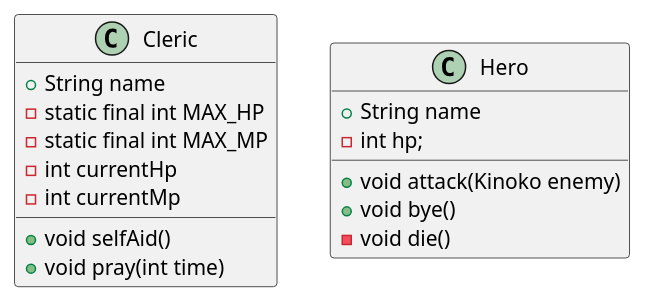
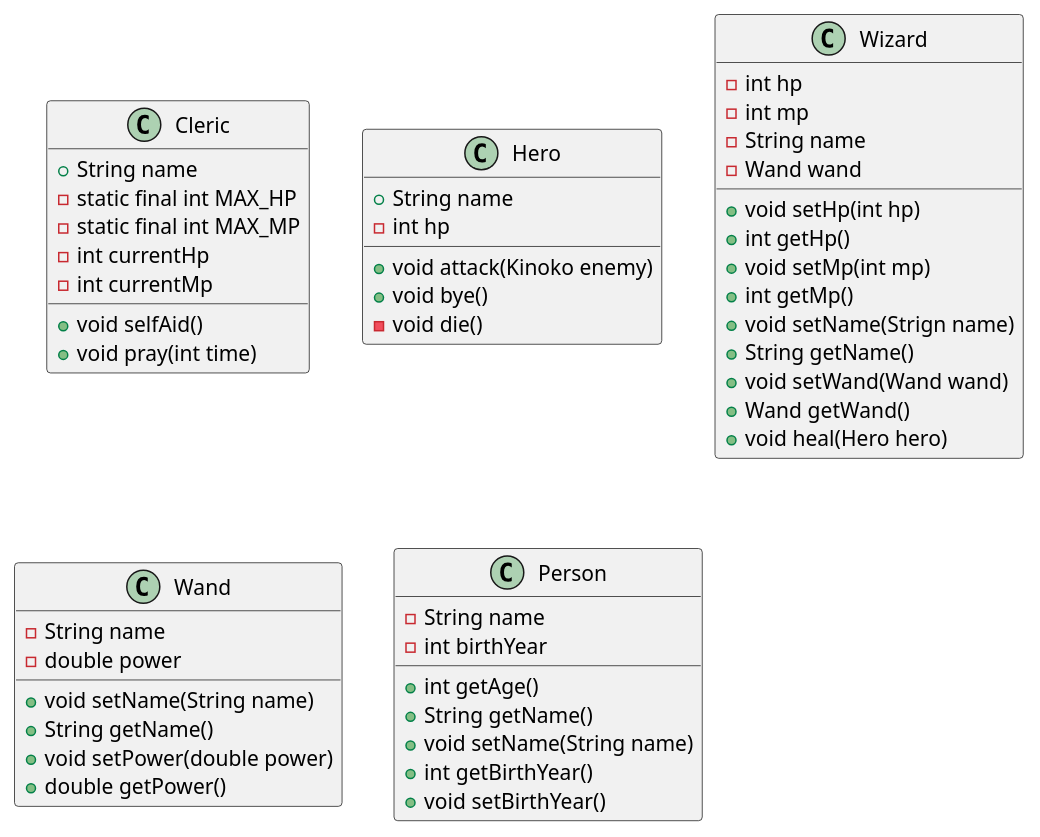
One commit to SurvivalCodingCampus/polytech_java_study changed the diagram in src/main/java/com/survivalcoding/game.puml. Above: the diagram before and after it, drawn with PlantUML.

Commit message:
feat: Wizard, Wand, Person 클래스 UML 추가

```diff
--- a/src/main/java/com/survivalcoding/game.puml
+++ b/src/main/java/com/survivalcoding/game.puml
@@ -1,24 +1,60 @@
 @startuml
 'https://plantuml.com/class-diagram
 
 class Cleric{
     + String name
     - static final int MAX_HP
     - static final int MAX_MP
     - int currentHp
     - int currentMp
 
     + void selfAid()
     + void pray(int time)
 
 }
 class Hero{
     + String name
-    - int hp;
+    - int hp
 
     + void attack(Kinoko enemy)
     + void bye()
     - void die()
 }
+class Wizard{
+    - int hp
+    - int mp
+    - String name
+    - Wand wand
 
+    + void setHp(int hp)
+    + int getHp()
+    + void setMp(int mp)
+    + int getMp()
+    + void setName(Strign name)
+    + String getName()
+    + void setWand(Wand wand)
+    + Wand getWand()
+    + void heal(Hero hero)
+}
+
+class Wand{
+    - String name
+    - double power
+
+    + void setName(String name)
+    + String getName()
+    + void setPower(double power)
+    + double getPower()
+}
+
+class Person{
+    - String name
+    - int birthYear
+
+    + int getAge()
+    + String getName()
+    + void setName(String name)
+    + int getBirthYear()
+    + void setBirthYear()
+}
 @enduml
```
